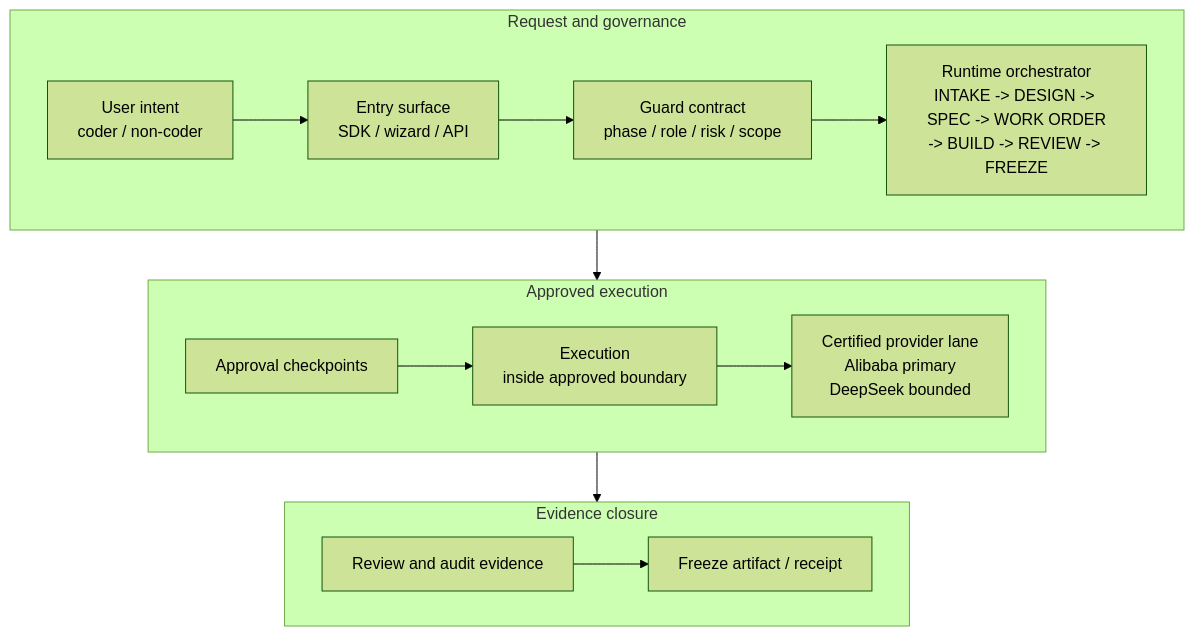
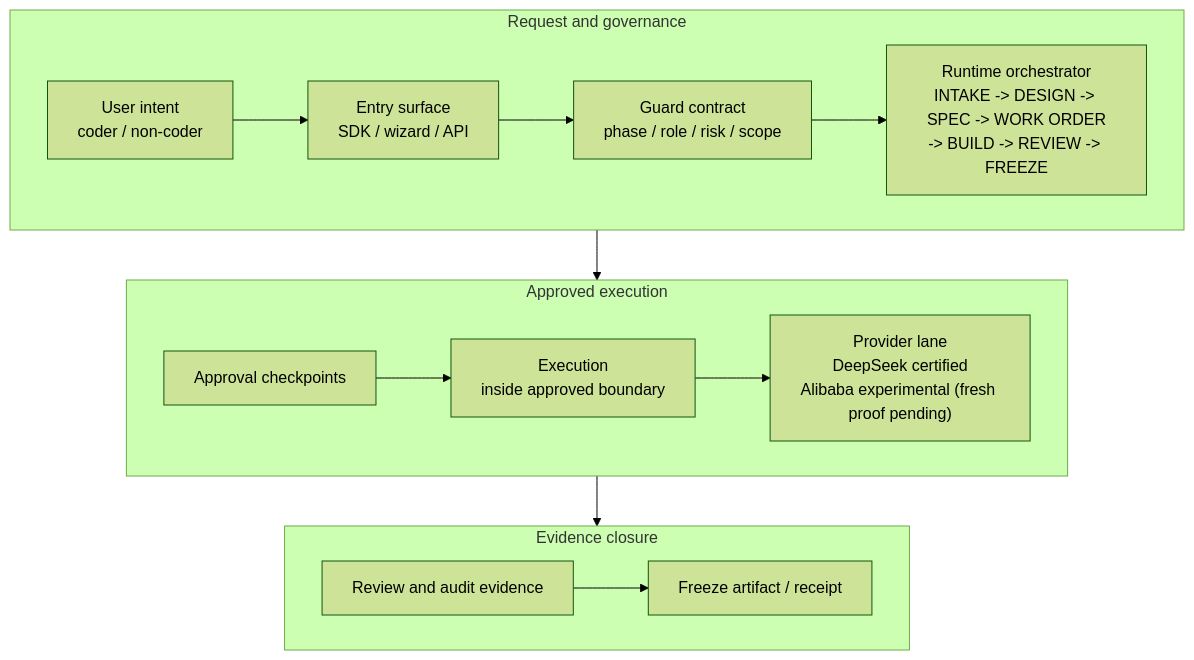
The third of 5 diagrams in ARCHITECTURE.md (Blackbird081/Controlled-Vibe-Framework-CVF), drawn with Mermaid (forest theme) before and after one commit. The commit also changed other lines of this file and 189 other files, not shown here.

````diff
--- a/ARCHITECTURE.md
+++ b/ARCHITECTURE.md
@@ -129,32 +129,32 @@
 ```mermaid
 flowchart TB
     subgraph REQUEST["Request and governance"]
         direction LR
         INTENT["User intent<br/>coder / non-coder"]
         ENTRY["Entry surface<br/>SDK / wizard / API"]
         GUARDS["Guard contract<br/>phase / role / risk / scope"]
         ORCH["Runtime orchestrator<br/>INTAKE -> DESIGN -> SPEC -> WORK ORDER<br/>-> BUILD -> REVIEW -> FREEZE"]
     end
 
     subgraph RUN["Approved execution"]
         direction LR
         APPROVAL["Approval checkpoints"]
         EXEC["Execution<br/>inside approved boundary"]
-        PROVIDER["Certified provider lane<br/>Alibaba primary<br/>DeepSeek bounded"]
+        PROVIDER["Provider lane<br/>DeepSeek certified<br/>Alibaba experimental (fresh proof pending)"]
     end
 
     subgraph CLOSE["Evidence closure"]
         direction LR
         REVIEW["Review and audit evidence"]
         FREEZE["Freeze artifact / receipt"]
     end
 
     INTENT --> ENTRY
     ENTRY --> GUARDS
     GUARDS --> ORCH
     ORCH --> APPROVAL
     APPROVAL --> EXEC
     EXEC --> PROVIDER
     PROVIDER --> REVIEW
     REVIEW --> FREEZE
 ```
````
